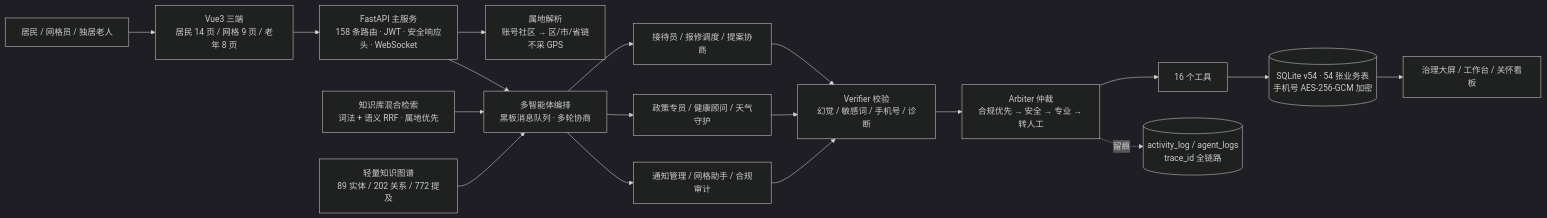
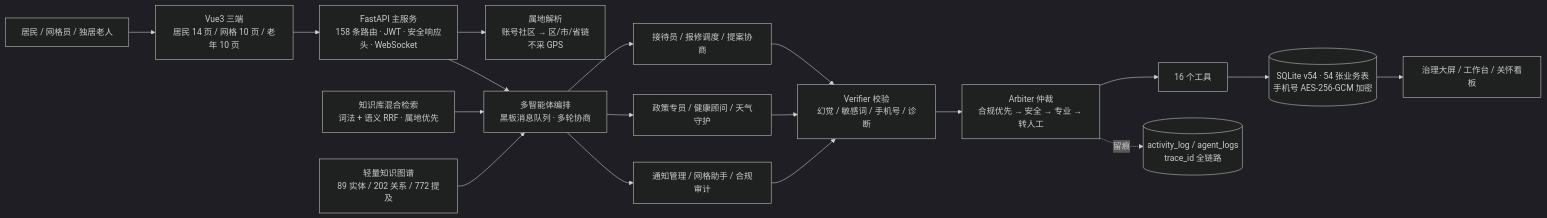
One commit to woshuofengsu/campus-insight-agent changed the diagram in docs/competition/创意说明书-提交版.md. Above: the diagram before and after it, drawn with Mermaid (dark theme). The commit also changed other lines of this file and 23 other files, not shown here.

````diff
--- a/docs/competition/创意说明书-提交版.md
+++ b/docs/competition/创意说明书-提交版.md
@@ -113,18 +113,18 @@
 ```mermaid
 flowchart LR
-    U[居民 / 网格员 / 独居老人] --> UI[Vue3 三端<br/>居民 14 页 / 网格 9 页 / 老年 8 页]
+    U[居民 / 网格员 / 独居老人] --> UI[Vue3 三端<br/>居民 14 页 / 网格 10 页 / 老年 10 页]
     UI --> API[FastAPI 主服务<br/>158 条路由 · JWT · 安全响应头 · WebSocket]
     API --> R[属地解析<br/>账号社区 → 区/市/省链<br/>不采 GPS]
     API --> O[多智能体编排<br/>黑板消息队列 · 多轮协商]
     O --> A1[接待员 / 报修调度 / 提案协商]
     O --> A2[政策专员 / 健康顾问 / 天气守护]
     O --> A3[通知管理 / 网格助手 / 合规审计]
     A1 & A2 & A3 --> V[Verifier 校验<br/>幻觉 / 敏感词 / 手机号 / 诊断]
     V --> AR[Arbiter 仲裁<br/>合规优先 → 安全 → 专业 → 转人工]
     AR --> T[16 个工具]
     T --> DB[(SQLite v54 · 54 张业务表<br/>手机号 AES-256-GCM 加密)]
     KB[知识库混合检索<br/>词法 + 语义 RRF · 属地优先] --> O
     KG[轻量知识图谱<br/>89 实体 / 202 关系 / 772 提及] --> O
     DB --> S[治理大屏 / 工作台 / 关怀看板]
     AR -.留痕.-> LOG[(activity_log / agent_logs<br/>trace_id 全链路)]
 ```
````
